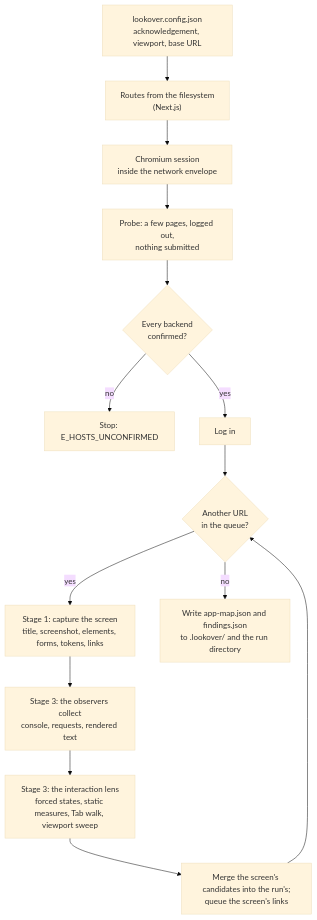
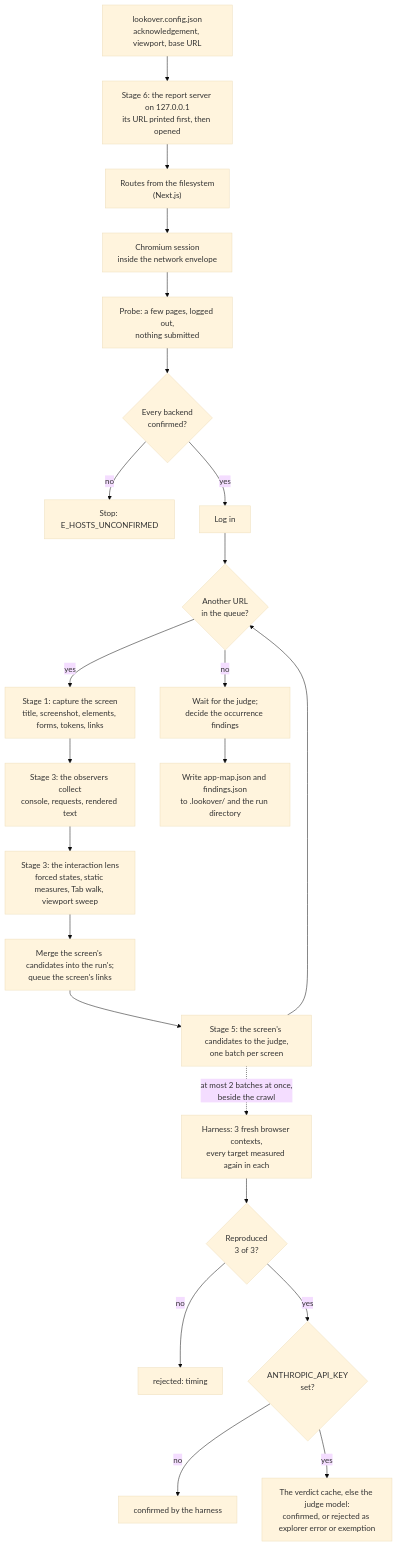
One commit to jayslifecode/lookover changed the diagram in docs/how-it-works.md. Above: the diagram before and after it, drawn with Mermaid (base theme). The commit also changed other lines of this file and 8 other files, not shown here.

First line of the commit message:
docs: the judge, replay, the report and privacy

````diff
--- a/docs/how-it-works.md
+++ b/docs/how-it-works.md
@@ -10,16 +12,25 @@
 ```mermaid
 flowchart TD
-  config["lookover.config.json<br/>acknowledgement, viewport, base URL"] --> routes["Routes from the filesystem<br/>(Next.js)"]
+  config["lookover.config.json<br/>acknowledgement, viewport, base URL"] --> report["Stage 6: the report server on 127.0.0.1<br/>its URL printed first, then opened"]
+  report --> routes["Routes from the filesystem<br/>(Next.js)"]
   routes --> session["Chromium session<br/>inside the network envelope"]
   session --> probe["Probe: a few pages, logged out,<br/>nothing submitted"]
   probe --> confirm{"Every backend<br/>confirmed?"}
   confirm -- no --> refuse["Stop: E_HOSTS_UNCONFIRMED"]
   confirm -- yes --> login["Log in"]
   login --> next{"Another URL<br/>in the queue?"}
   next -- yes --> capture["Stage 1: capture the screen<br/>title, screenshot, elements, forms, tokens, links"]
   capture --> observers["Stage 3: the observers collect<br/>console, requests, rendered text"]
   observers --> lens["Stage 3: the interaction lens<br/>forced states, static measures, Tab walk, viewport sweep"]
   lens --> merge["Merge the screen's candidates into the run's;<br/>queue the screen's links"]
-  merge --> next
-  next -- no --> files["Write app-map.json and findings.json<br/>to .lookover/ and the run directory"]
+  merge --> queue["Stage 5: the screen's candidates to the judge,<br/>one batch per screen"]
+  queue --> next
+  queue -.->|"at most 2 batches at once,<br/>beside the crawl"| harness["Harness: 3 fresh browser contexts,<br/>every target measured again in each"]
+  harness --> reproduced{"Reproduced<br/>3 of 3?"}
+  reproduced -- no --> timing["rejected: timing"]
+  reproduced -- yes --> key{"ANTHROPIC_API_KEY<br/>set?"}
+  key -- no --> confirmed["confirmed by the harness"]
+  key -- yes --> model["The verdict cache, else the judge model:<br/>confirmed, or rejected as explorer error or exemption"]
+  next -- no --> drain["Wait for the judge;<br/>decide the occurrence findings"]
+  drain --> files["Write app-map.json and findings.json<br/>to .lookover/ and the run directory"]
 ```
````
